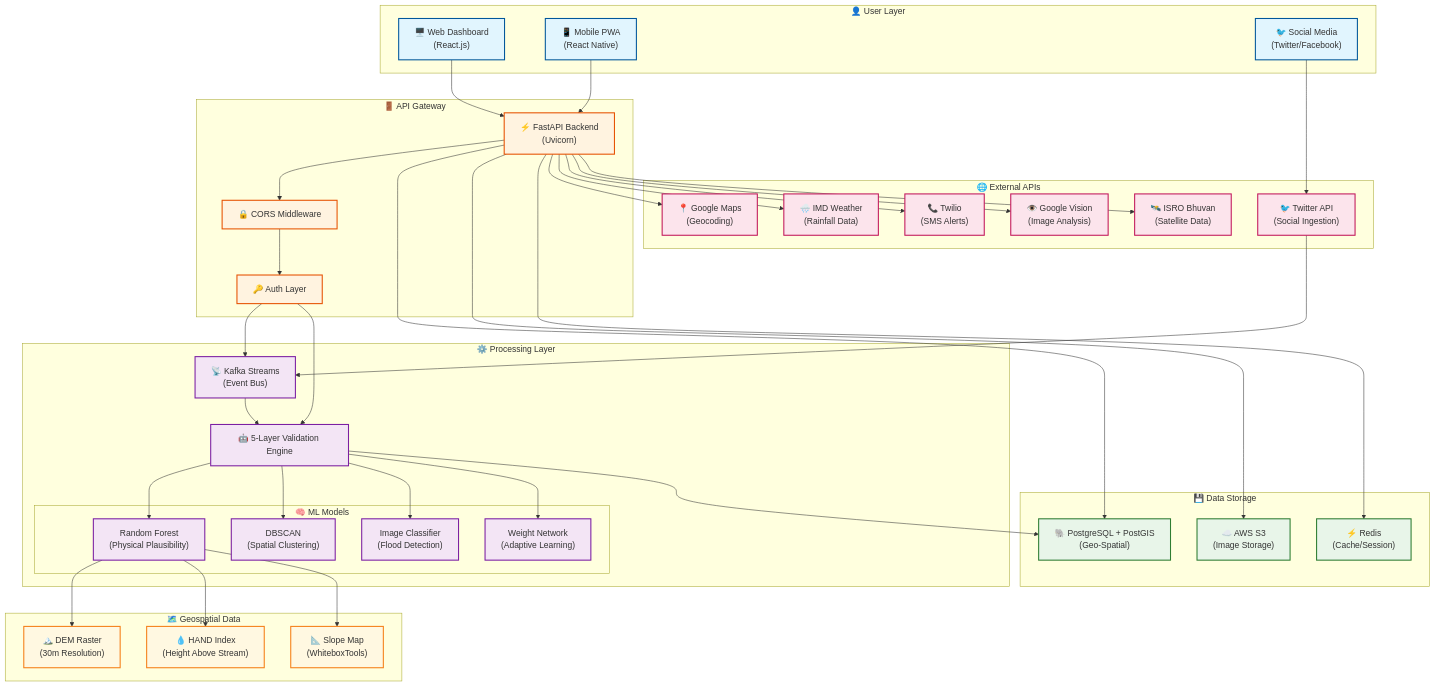
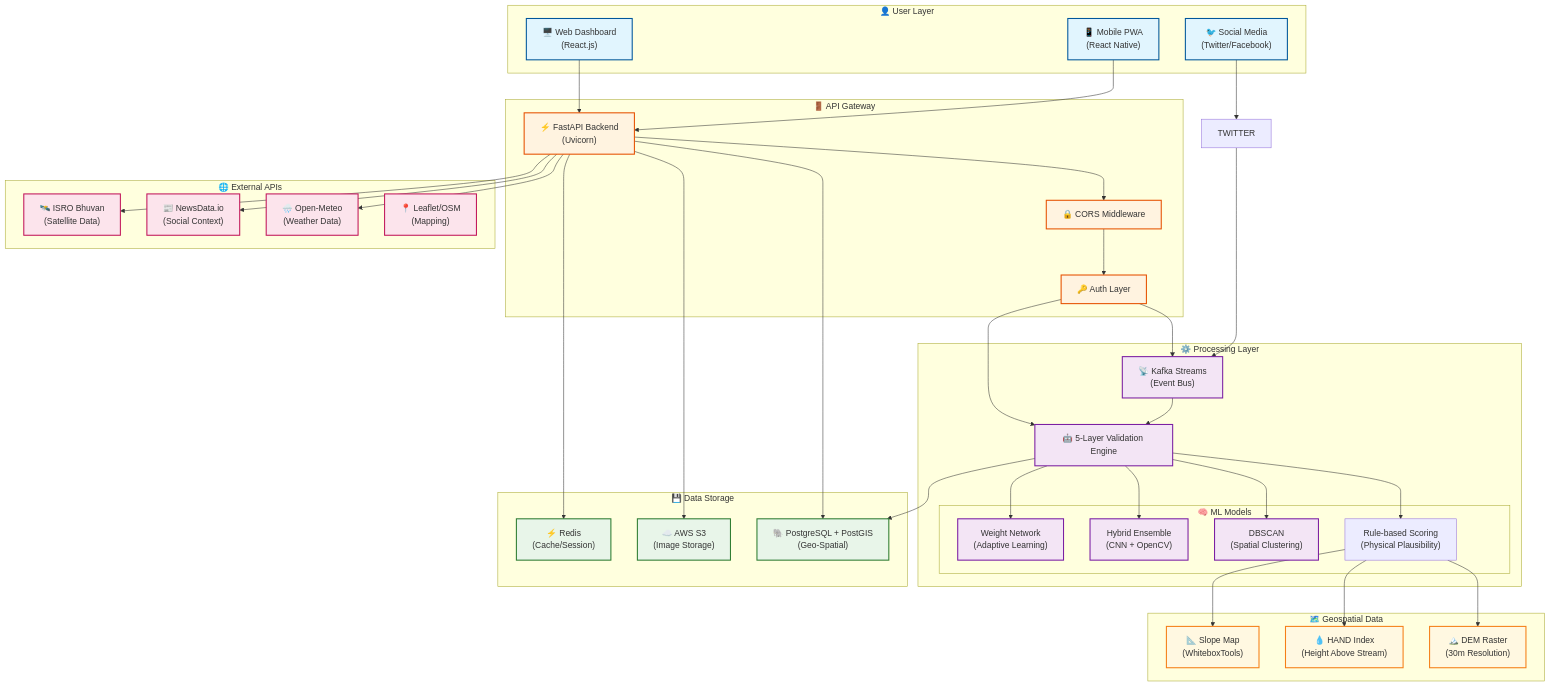
The diagram in results/figures/diagrams/01_system_architecture.md (ui07xWizardOp/odisha-flood-validation-system), drawn with Mermaid before and after one commit. The commit also changed other lines of this file and 17 other files, not shown here.

````diff
--- a/results/figures/diagrams/01_system_architecture.md
+++ b/results/figures/diagrams/01_system_architecture.md
@@ -23,9 +23,9 @@
         VALIDATION["🤖 5-Layer Validation Engine"]
         
         subgraph MLModels["🧠 ML Models"]
-            RF["Random Forest<br/>(Physical Plausibility)"]
+            RULE["Rule-based Scoring<br/>(Physical Plausibility)"]
             DBSCAN["DBSCAN<br/>(Spatial Clustering)"]
-            IMGCLS["Image Classifier<br/>(Flood Detection)"]
+            IMGCLS["Hybrid Ensemble<br/>(CNN + OpenCV)"]
             WEIGHT["Weight Network<br/>(Adaptive Learning)"]
         end
     end
@@ -37,12 +37,10 @@
     end
 
     subgraph ExternalAPIs["🌐 External APIs"]
-        TWITTER["🐦 Twitter API<br/>(Social Ingestion)"]
+        NEWSDATA["📰 NewsData.io<br/>(Social Context)"]
         BHUVAN["🛰️ ISRO Bhuvan<br/>(Satellite Data)"]
-        GMAPS["📍 Google Maps<br/>(Geocoding)"]
-        IMD["🌧️ IMD Weather<br/>(Rainfall Data)"]
-        TWILIO["📞 Twilio<br/>(SMS Alerts)"]
-        VISION["👁️ Google Vision<br/>(Image Analysis)"]
+        OPENMETEO["🌧️ Open-Meteo<br/>(Weather Data)"]
+        LEAFLET["📍 Leaflet/OSM<br/>(Mapping)"]
     end
 
     subgraph GeoData["🗺️ Geospatial Data"]
@@ -67,15 +65,15 @@
     TWITTER --> KAFKA
 
     %% Validation Engine
-    VALIDATION --> RF
+    VALIDATION --> RULE
     VALIDATION --> DBSCAN
     VALIDATION --> IMGCLS
     VALIDATION --> WEIGHT
     
     %% ML to Geo Data
-    RF --> DEM
-    RF --> HAND
-    RF --> SLOPE
+    RULE --> DEM
+    RULE --> HAND
+    RULE --> SLOPE
 
     %% Storage Connections
     FASTAPI --> POSTGIS
@@ -84,10 +82,8 @@
     VALIDATION --> POSTGIS
 
     %% External API Connections
-    FASTAPI --> GMAPS
-    FASTAPI --> IMD
-    FASTAPI --> TWILIO
-    FASTAPI --> VISION
+    FASTAPI --> OPENMETEO
+    FASTAPI --> NEWSDATA
     FASTAPI --> BHUVAN
 
     %% Styling
@@ -102,6 +98,6 @@
     class FASTAPI,CORS,AUTH apiNode
     class RF,DBSCAN,IMGCLS,WEIGHT,VALIDATION,KAFKA mlNode
     class POSTGIS,S3,REDIS dataNode
-    class TWITTER,BHUVAN,GMAPS,IMD,TWILIO,VISION extNode
+    class NEWSDATA,BHUVAN,OPENMETEO,LEAFLET extNode
     class DEM,HAND,SLOPE geoNode
 ```
````
